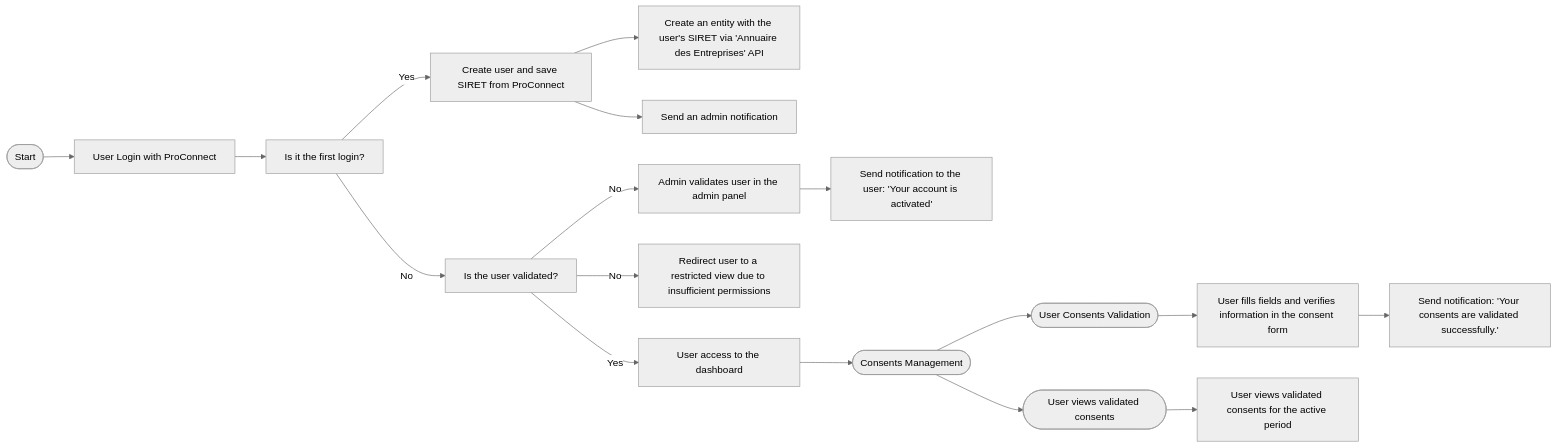
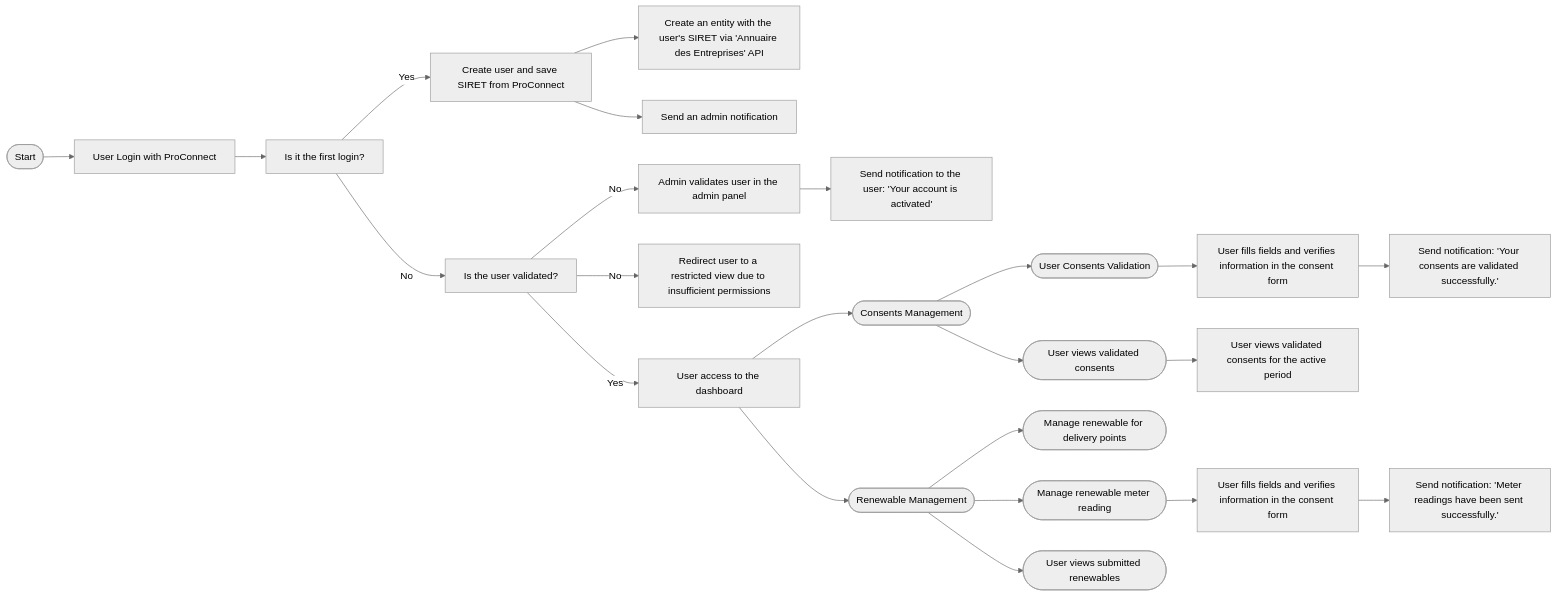
The diagram in src/dashboard/readme.md (MTES-MCT/qualicharge), drawn with Mermaid before and after one commit. The commit also changed other lines of this file, not shown here.

First line of the commit message:
📝(dashboard) add renewable management and notification updates.

````diff
--- a/src/dashboard/readme.md
+++ b/src/dashboard/readme.md
@@ -89,22 +89,26 @@
 ```mermaid
 ---
 config:
   theme: neutral
   look: classic
   layout: dagre
 ---
 flowchart LR
     Start(["Start"]) --> A1["User Login with ProConnect"]
     A1 --> B1["Is it the first login?"]
     B1 -- Yes --> C1["Create user and save SIRET from ProConnect"]
     C1 --> C3["Create an entity with the user's SIRET via 'Annuaire des Entreprises' API"] & C2["Send an admin notification"]
     B1 -- No --> D1["Is the user validated?"]
     D1 -- Yes --> D2["User access to the dashboard"]
     D1 -- No --> D3["Redirect user to a restricted view due to insufficient permissions"] & D4["Admin validates user in the admin panel"]
     D4 --> D5["Send notification to the user: 'Your account is activated'"]
     D2 --> E0(["Consents Management"]) 
     E0 --> E1(["User Consents Validation"]) & F1(["User views validated consents"])
     E1 --> E2["User fills fields and verifies information in the consent form"]
     E2 --> E3["Send notification: 'Your consents are validated successfully.'"]
     F1 --> F2["User views validated consents for the active period"]
+    D2 --> G0(["Renewable Management"])
+    G0 --> G1(["Manage renewable for delivery points"]) & H1(["Manage renewable meter reading"]) & H4(["User views submitted renewables"])
+    H1 --> H2["User fills fields and verifies information in the consent form"]
+    H2 --> H3["Send notification: 'Meter readings have been sent successfully.'"]    
 ```
````
